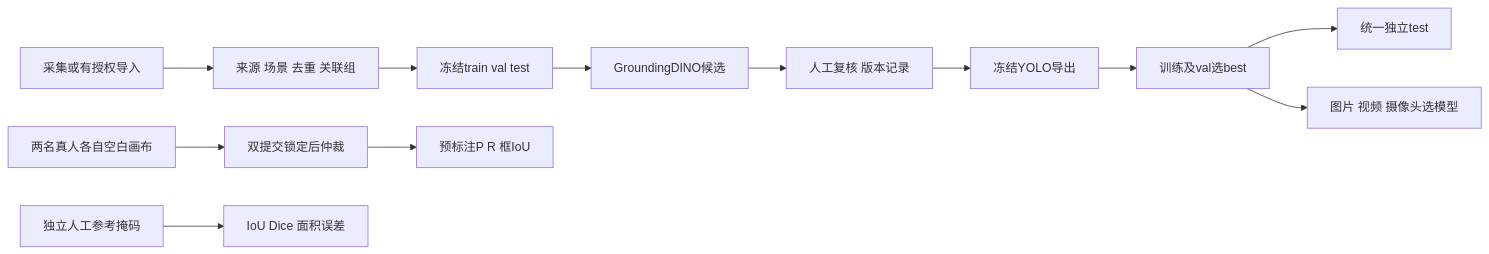
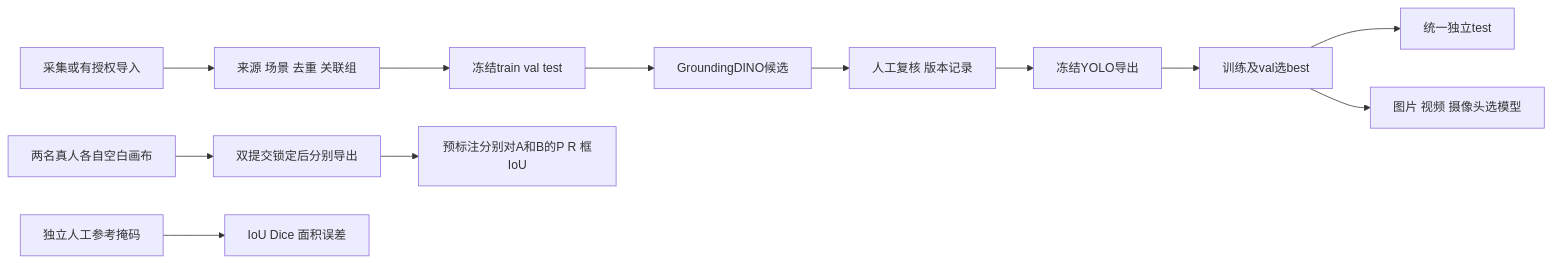
The second of 2 diagrams in docs/architecture.md (c1love9/wildfire-detection), drawn with Mermaid before and after one commit. The commit also changed 28 other files, not shown here.

````diff
--- a/docs/architecture.md
+++ b/docs/architecture.md
@@ -34,14 +34,14 @@
 ```mermaid
 flowchart LR
   A[采集或有授权导入] --> B[来源 场景 去重 关联组]
   B --> C[冻结train val test]
   C --> D[GroundingDINO候选]
   D --> E[人工复核 版本记录]
   E --> F[冻结YOLO导出]
   F --> G[训练及val选best]
   G --> H[统一独立test]
   G --> I[图片 视频 摄像头选模型]
-  J[两名真人各自空白画布] --> K[双提交锁定后仲裁]
-  K --> L[预标注P R 框IoU]
+  J[两名真人各自空白画布] --> K[双提交锁定后分别导出]
+  K --> L[预标注分别对A和B的P R 框IoU]
   M[独立人工参考掩码] --> N[IoU Dice 面积误差]
 ```
````
